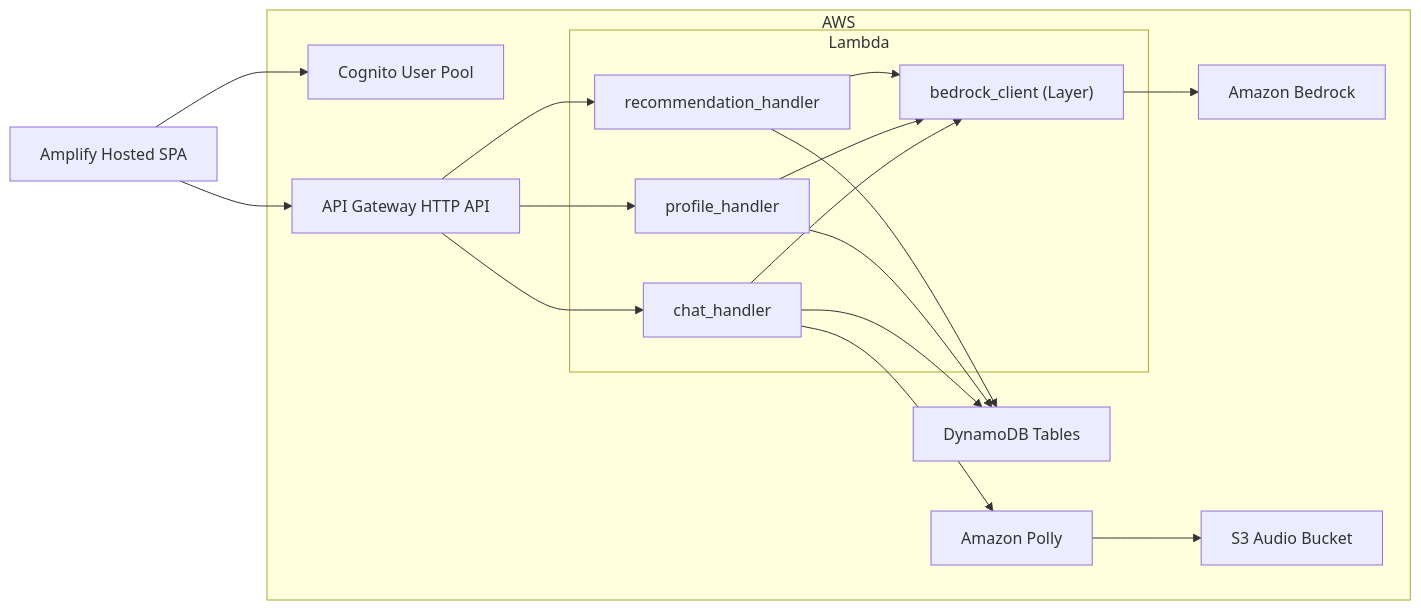
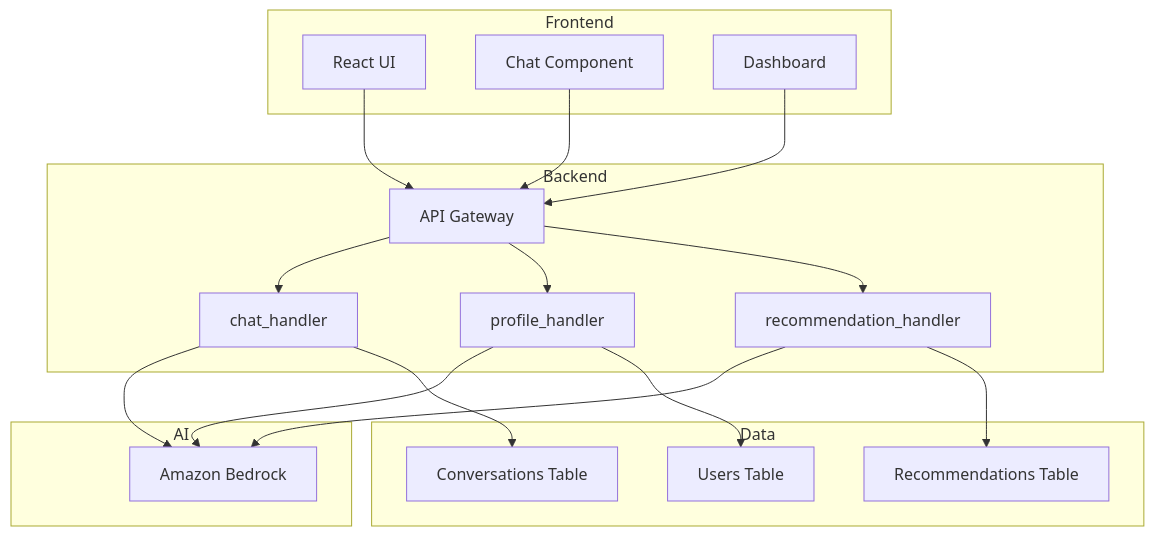
The first of 4 diagrams in design.md (Balaji5359/ET-Hackathon-Project-Repo), drawn with Mermaid before and after one commit. The commit also changed other lines of this file and 4 other files, not shown here.

````diff
--- a/design.md
+++ b/design.md
@@ -39,31 +24,41 @@
 ```mermaid
-graph LR
-  subgraph AWS
-    Cognito["Cognito User Pool"]
-    APIGW["API Gateway HTTP API"]
-    subgraph Lambda
-      Chat["chat_handler"]
-      Profile["profile_handler"]
-      Reco["recommendation_handler"]
-      Layer["bedrock_client (Layer)"]
-    end
-    DDB["DynamoDB Tables"]
+graph TB
+  subgraph Frontend
+    UI["React UI"]
+    Chat["Chat Component"]
+    Dashboard["Dashboard"]
+  end
+
+  subgraph Backend
+    APIGW["API Gateway"]
+    ChatL["chat_handler"]
+    ProfileL["profile_handler"]
+    RecoL["recommendation_handler"]
+  end
+
+  subgraph AI
     Bedrock["Amazon Bedrock"]
-    Polly["Amazon Polly"]
-    S3["S3 Audio Bucket"]
   end
-  FE["Amplify Hosted SPA"] --> Cognito
-  FE --> APIGW
-  APIGW --> Chat
-  APIGW --> Profile
-  APIGW --> Reco
-  Chat --> Layer
-  Profile --> Layer
-  Reco --> Layer
-  Layer --> Bedrock
-  Chat --> DDB
-  Profile --> DDB
-  Reco --> DDB
-  Chat --> Polly
-  Polly --> S3
+
+  subgraph Data
+    Users["Users Table"]
+    Conv["Conversations Table"]
+    Reco["Recommendations Table"]
+  end
+
+  UI --> APIGW
+  Chat --> APIGW
+  Dashboard --> APIGW
+
+  APIGW --> ChatL
+  APIGW --> ProfileL
+  APIGW --> RecoL
+
+  ChatL --> Bedrock
+  ProfileL --> Bedrock
+  RecoL --> Bedrock
+
+  ChatL --> Conv
+  ProfileL --> Users
+  RecoL --> Reco
 ```
````
